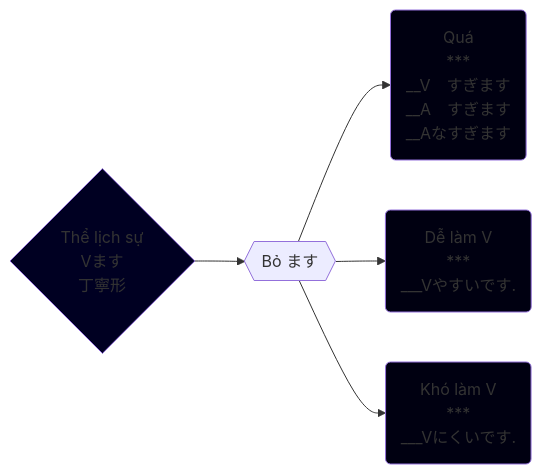
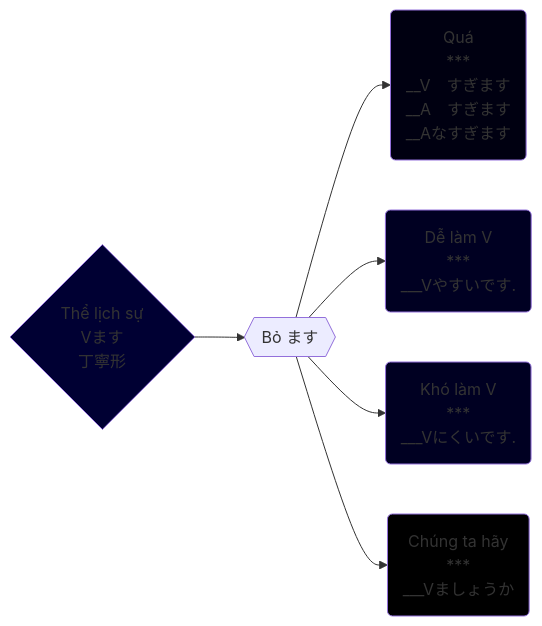
Before and after one commit to tea1504/learn: the diagram in The/丁寧形.md, drawn with Mermaid. The commit also changed 16 other files, not shown here.

````diff
--- a/The/丁寧形.md
+++ b/The/丁寧形.md
@@ -2,14 +2,16 @@
 ```mermaid
 graph LR;
     V{Thể lịch sự\nVます\n丁寧形}
 
     V-->boMasu{{Bỏ ます}}
     boMasu-->qua(Quá\n***\n__V　すぎます\n__A　すぎます\n__Aなすぎます)
     boMasu-->deLamV(Dễ làm V\n***\n___Vやすいです.)
     boMasu-->khoLamV(Khó làm V\n***\n___Vにくいです.)
+    boMasu-->chungTaHay(Chúng ta hãy\n***\n___Vましょうか)
 
-    style V fill:#002
+    style V fill:#003
     style qua fill:#001
-    style deLamV fill:#001
-    style khoLamV fill:#001
+    style deLamV fill:#002
+    style khoLamV fill:#002
+    style chungTaHay fill:#000
 ```
````
